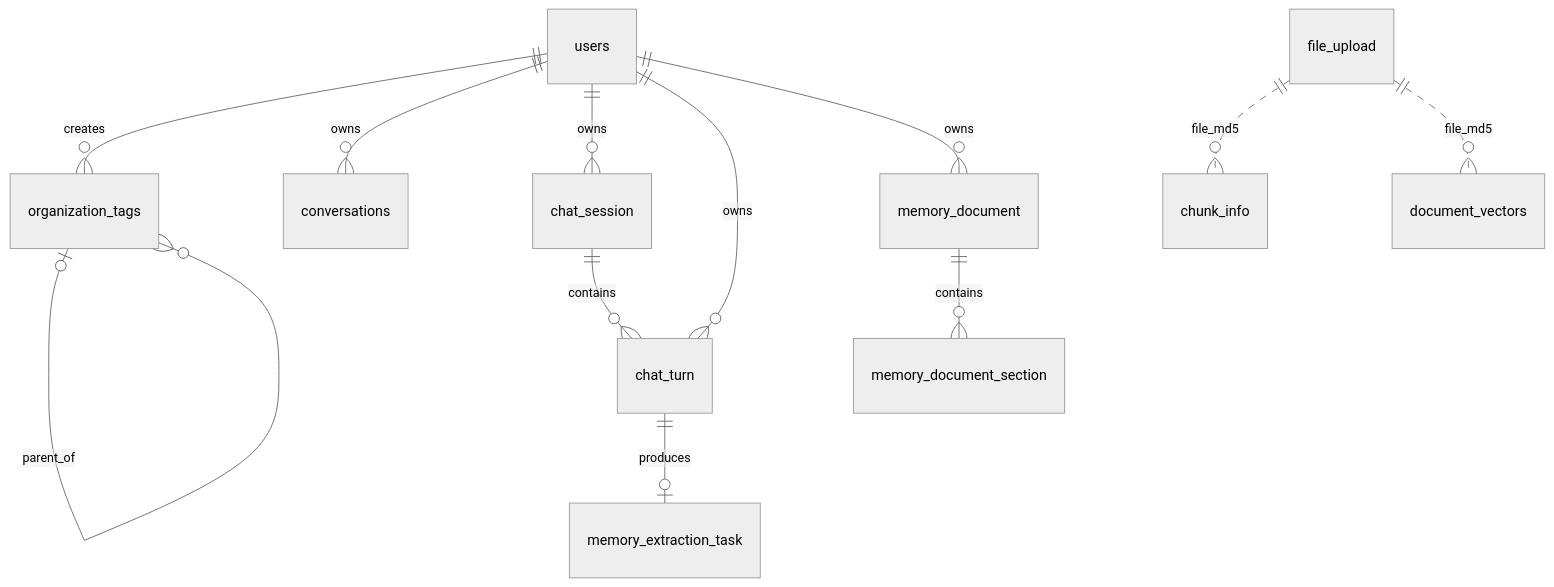
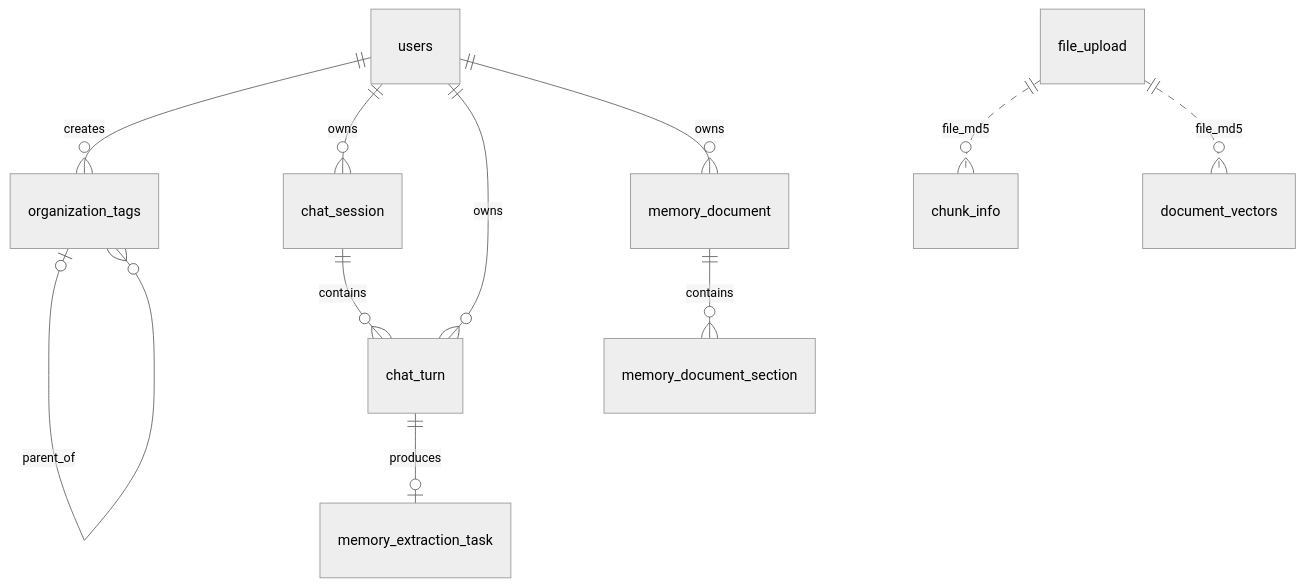
Before and after one commit to ye213116/yeRAG: the diagram in docs/databases/database-design.md, drawn with Mermaid (neutral theme). The commit also changed other lines of this file and 40 other files, not shown here.

````diff
--- a/docs/databases/database-design.md
+++ b/docs/databases/database-design.md
@@ -35,15 +34,14 @@
 ```mermaid
 erDiagram
     users ||--o{ organization_tags : creates
     organization_tags o|--o{ organization_tags : parent_of
-    users ||--o{ conversations : owns
     users ||--o{ chat_session : owns
     users ||--o{ chat_turn : owns
     chat_session ||--o{ chat_turn : contains
     chat_turn ||--o| memory_extraction_task : produces
     users ||--o{ memory_document : owns
     memory_document ||--o{ memory_document_section : contains
 
     file_upload ||..o{ chunk_info : file_md5
     file_upload ||..o{ document_vectors : file_md5
 ```
````
